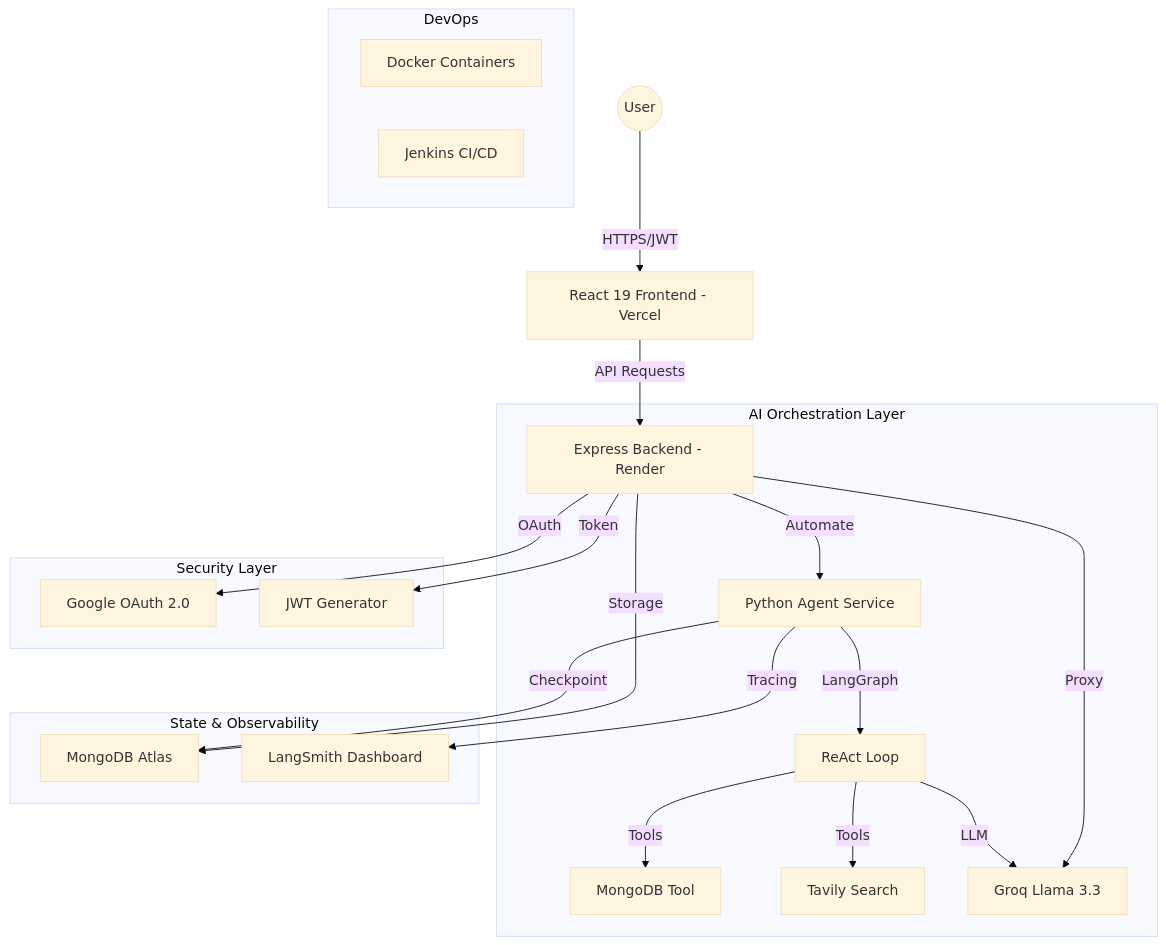
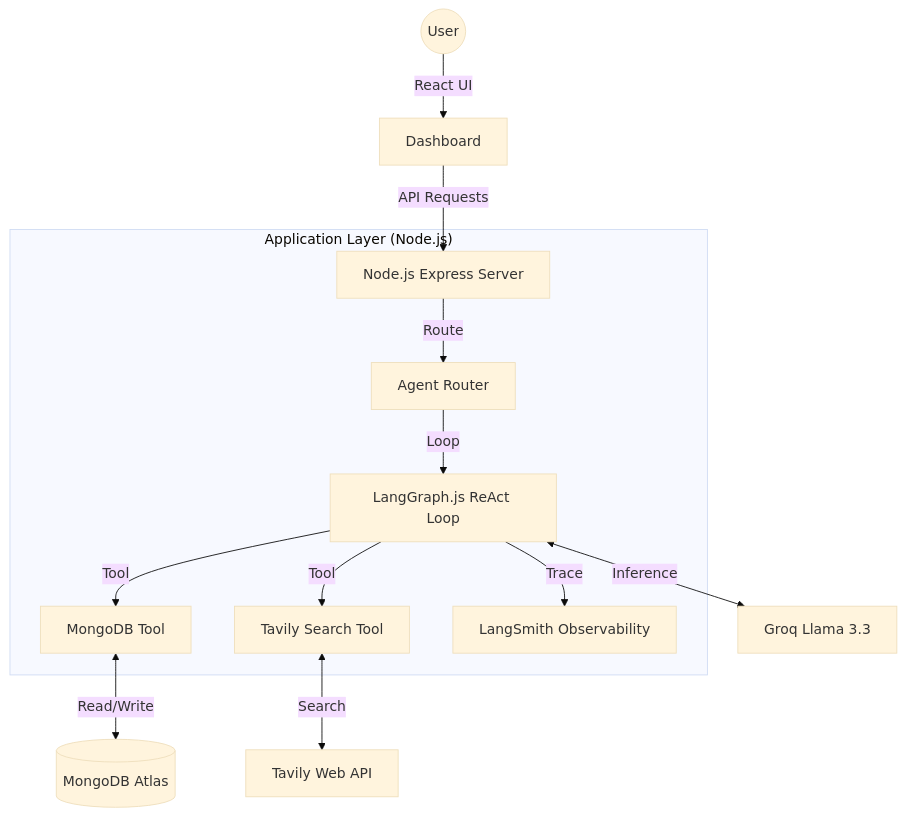
Before and after one commit to Ravikiranreddybada/toolforge: the diagram in README.md, drawn with Mermaid (base theme). The commit also changed other lines of this file, not shown here.

Commit message:
docs: finalize agent count and architecture diagram in README

````diff
--- a/README.md
+++ b/README.md
@@ -70,31 +71,17 @@
 ```mermaid
 graph TD
-  User((User)) -->|HTTPS/JWT| FE[React 19 Frontend - Vercel]
-  FE -->|API Requests| BE[Express Backend - Render]
-  
-  subgraph AI Orchestration Layer
-    BE -->|Automate| AgentSvc[Python Agent Service]
-    AgentSvc -->|LangGraph| ReAct[ReAct Loop]
-    ReAct -->|Tools| MongoTool[MongoDB Tool]
-    ReAct -->|Tools| SearchTool[Tavily Search]
-    ReAct -->|LLM| Groq[Groq Llama 3.3]
-  end
-
-  subgraph State & Observability
-    AgentSvc -->|Checkpoint| Atlas[MongoDB Atlas]
-    AgentSvc -->|Tracing| LangSmith[LangSmith Dashboard]
-  end
-  
-  subgraph Security Layer
-    BE -->|OAuth| Passport[Google OAuth 2.0]
-    BE -->|Token| JWT[JWT Generator]
-  end
-
-  BE -->|Proxy| Groq
-  BE -->|Storage| Atlas
-  
-  subgraph DevOps
-    Docker[Docker Containers]
-    Jenkins[Jenkins CI/CD]
-  end
+    User((User)) -->|React UI| Dashboard[Dashboard]
+    Dashboard -->|API Requests| Express[Node.js Express Server]
+    
+    subgraph "Application Layer (Node.js)"
+      Express -->|Route| AgentRoute[Agent Router]
+      AgentRoute -->|Loop| LangGraph[LangGraph.js ReAct Loop]
+      LangGraph -->|Tool| MongoTool[MongoDB Tool]
+      LangGraph -->|Tool| SearchTool[Tavily Search Tool]
+      LangGraph -->|Trace| LangSmith[LangSmith Observability]
+    end
+    
+    MongoTool <-->|Read/Write| MongoDB[(MongoDB Atlas)]
+    SearchTool <-->|Search| Tavily[Tavily Web API]
+    LangGraph <-->|Inference| Groq[Groq Llama 3.3]
 ```
````
